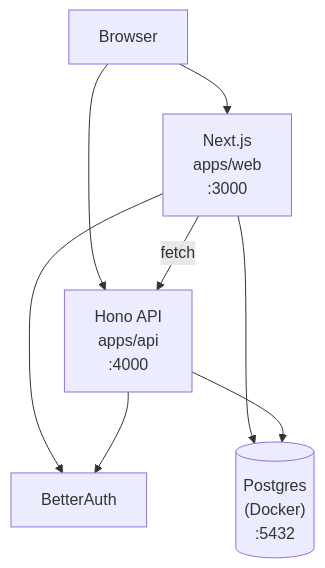
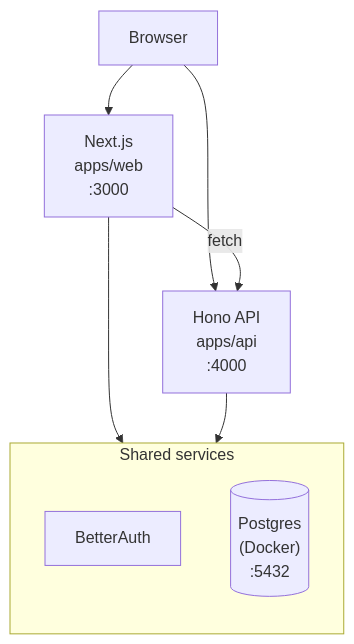
One commit to CaseyHoover/FullStackSkeleton changed the diagram in README.md. Above: the diagram before and after it, drawn with Mermaid. The commit also changed 1 other file, not shown here.

Commit message:
docs: group shared services in mermaid diagram, add Mermaid Chart extension
Collapse {Web,API} -> {Auth,DB} K2,2 edges into a subgraph so the
diagram renders without crossings. Install MermaidChart.vscode-mermaid-chart
in the dev container for live preview and authoring.

````diff
--- a/README.md
+++ b/README.md
@@ -9,16 +9,18 @@
 ```mermaid
 flowchart TD
     Browser[Browser]
     Web["Next.js<br/>apps/web<br/>:3000"]
     API["Hono API<br/>apps/api<br/>:4000"]
-    Auth[BetterAuth]
-    DB[("Postgres<br/>(Docker)<br/>:5432")]
+
+    subgraph shared [Shared services]
+        direction TB
+        Auth[BetterAuth]
+        DB[("Postgres<br/>(Docker)<br/>:5432")]
+    end
 
     Browser --> Web
     Browser --> API
     Web -->|fetch| API
-    Web --> Auth
-    API --> Auth
-    Web --> DB
-    API --> DB
+    Web --> shared
+    API --> shared
 ```
````
